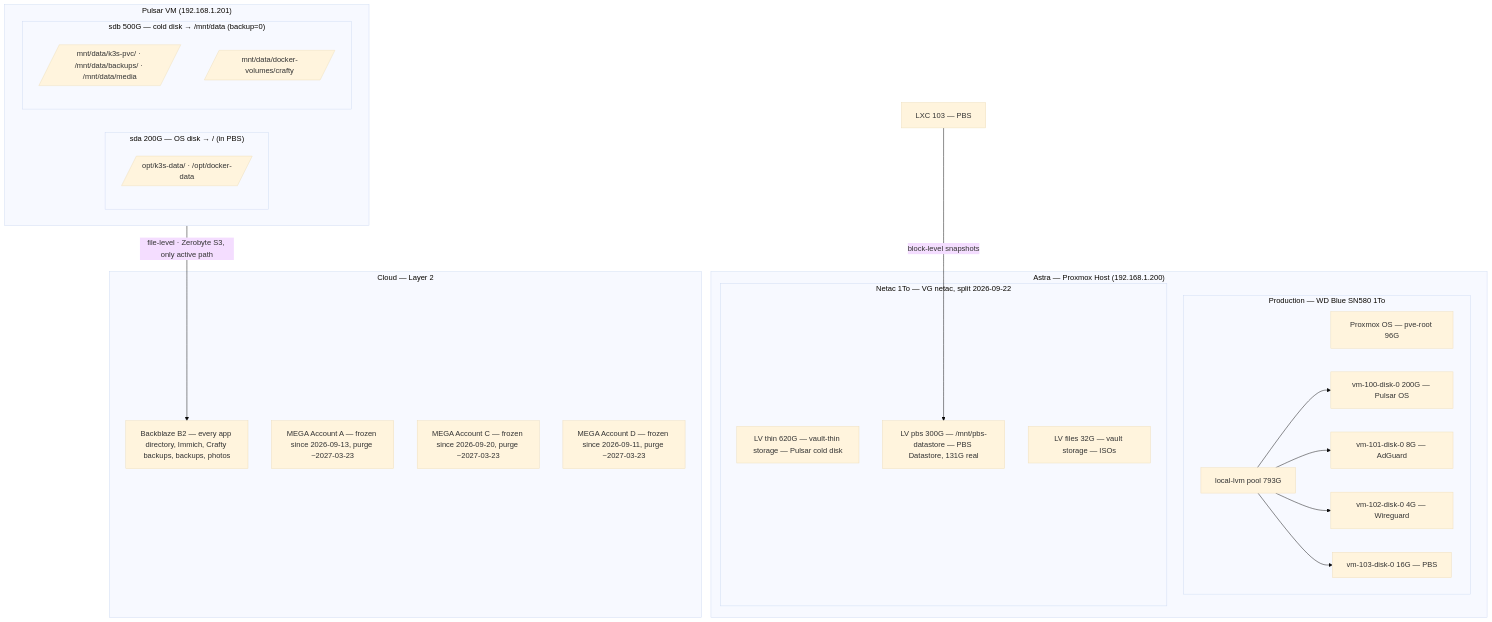
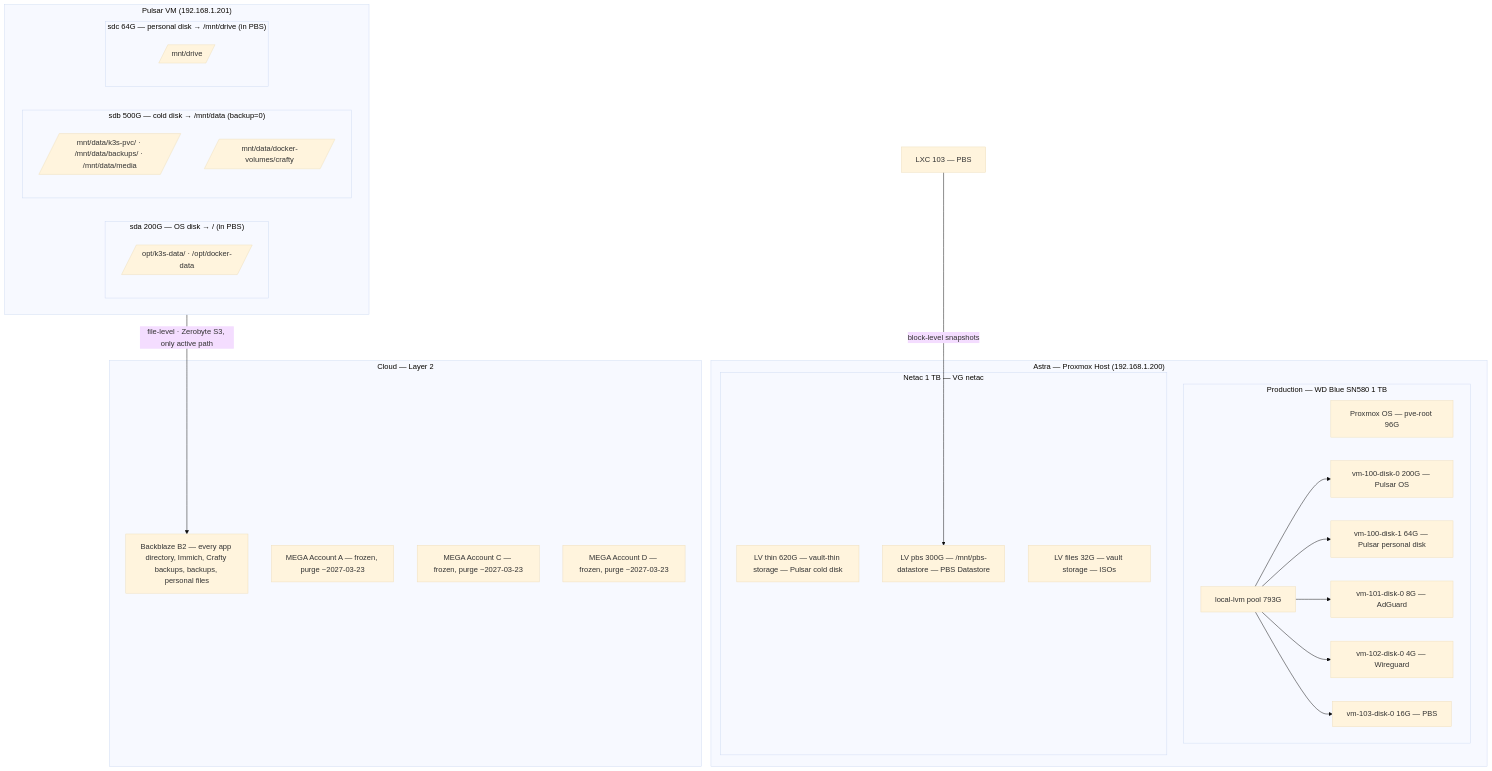
The diagram in docs/backup/README.md (Enoal-Fauchille-Bolle/Astra-ops), drawn with Mermaid (base theme) before and after one commit. The commit also changed other lines of this file, not shown here.

````diff
--- a/docs/backup/README.md
+++ b/docs/backup/README.md
@@ -62,39 +63,43 @@
 ```mermaid
 graph TB
     subgraph ASTRA["Astra — Proxmox Host (192.168.1.200)"]
-        subgraph PROD["Production — WD Blue SN580 1To"]
+        subgraph PROD["Production — WD Blue SN580 1 TB"]
             PVE_OS[Proxmox OS — pve-root 96G]
             LVM[local-lvm pool 793G]
             LVM --> DISK0[vm-100-disk-0 200G — Pulsar OS]
+            LVM --> DISK4[vm-100-disk-1 64G — Pulsar personal disk]
             LVM --> DISK1[vm-101-disk-0 8G — AdGuard]
             LVM --> DISK2[vm-102-disk-0 4G — Wireguard]
             LVM --> DISK3[vm-103-disk-0 16G — PBS]
         end
 
-        subgraph VAULT["Netac 1To — VG netac, split 2026-09-22"]
+        subgraph VAULT["Netac 1 TB — VG netac"]
             VAULT_THIN[LV thin 620G — vault-thin storage — Pulsar cold disk]
-            PBS_DS[LV pbs 300G — /mnt/pbs-datastore — PBS Datastore, 131G real]
+            PBS_DS[LV pbs 300G — /mnt/pbs-datastore — PBS Datastore]
             VAULT_FILES[LV files 32G — vault storage — ISOs]
         end
     end
 
     subgraph PULSAR["Pulsar VM (192.168.1.201)"]
         subgraph SDA["sda 200G — OS disk → / (in PBS)"]
             OPT[/opt/k3s-data/ · /opt/docker-data/]
         end
         subgraph SDB["sdb 500G — cold disk → /mnt/data (backup=0)"]
             MNT[/mnt/data/k3s-pvc/ · /mnt/data/backups/ · /mnt/data/media/]
             CRAFTY_VOL[/mnt/data/docker-volumes/crafty/]
         end
+        subgraph SDC["sdc 64G — personal disk → /mnt/drive (in PBS)"]
+            DRIVE[/mnt/drive/]
+        end
     end
 
     subgraph CLOUD["Cloud — Layer 2"]
-        B2[Backblaze B2 — every app directory, Immich, Crafty backups, backups, photos]
-        MEGA_A[MEGA Account A — frozen since 2026-09-13, purge ~2027-03-23]
-        MEGA_C[MEGA Account C — frozen since 2026-09-20, purge ~2027-03-23]
-        MEGA_D[MEGA Account D — frozen since 2026-09-11, purge ~2027-03-23]
+        B2[Backblaze B2 — every app directory, Immich, Crafty backups, backups, personal files]
+        MEGA_A[MEGA Account A — frozen, purge ~2027-03-23]
+        MEGA_C[MEGA Account C — frozen, purge ~2027-03-23]
+        MEGA_D[MEGA Account D — frozen, purge ~2027-03-23]
     end
 
     PBS_LXC[LXC 103 — PBS] -->|block-level snapshots| PBS_DS
     PULSAR -->|file-level · Zerobyte S3, only active path| B2
 ```
````
